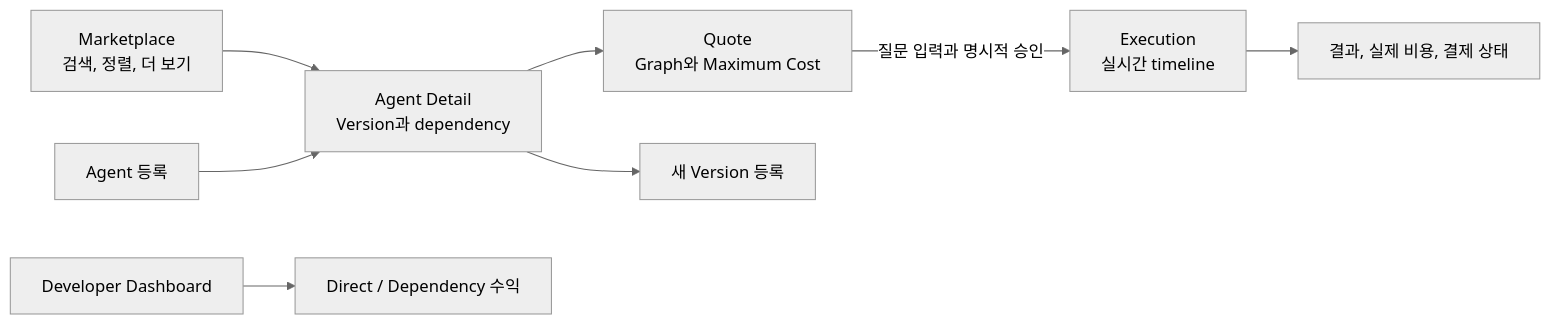
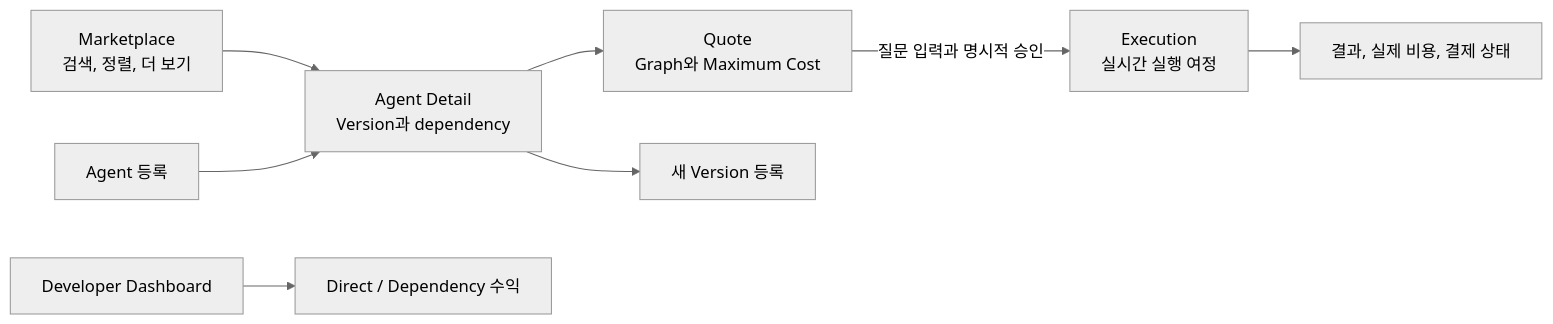
The first of 7 diagrams in README.md (rdme0/agent-store-fe), drawn with Mermaid (neutral theme) before and after one commit. The commit also changed other lines of this file and 40 other files, not shown here.

````diff
--- a/README.md
+++ b/README.md
@@ -9,10 +9,10 @@
 ```mermaid
 flowchart LR
     Market["Marketplace\n검색, 정렬, 더 보기"] --> Detail["Agent Detail\nVersion과 dependency"]
     Detail --> Quote["Quote\nGraph와 Maximum Cost"]
-    Quote -->|질문 입력과 명시적 승인| Run["Execution\n실시간 timeline"]
+    Quote -->|질문 입력과 명시적 승인| Run["Execution\n실시간 실행 여정"]
     Run --> Result["결과, 실제 비용, 결제 상태"]
     Register["Agent 등록"] --> Detail
     Detail --> Version["새 Version 등록"]
     Dashboard["Developer Dashboard"] --> Revenue["Direct / Dependency 수익"]
 ```
````
